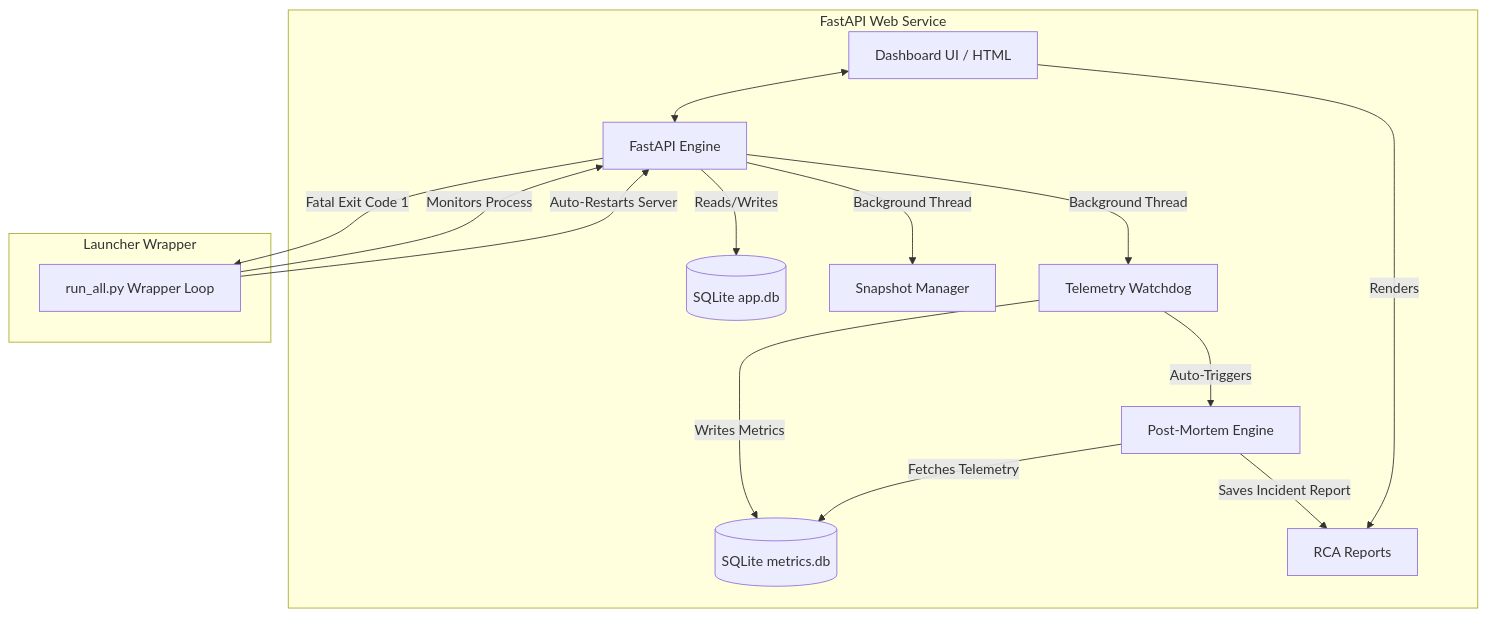
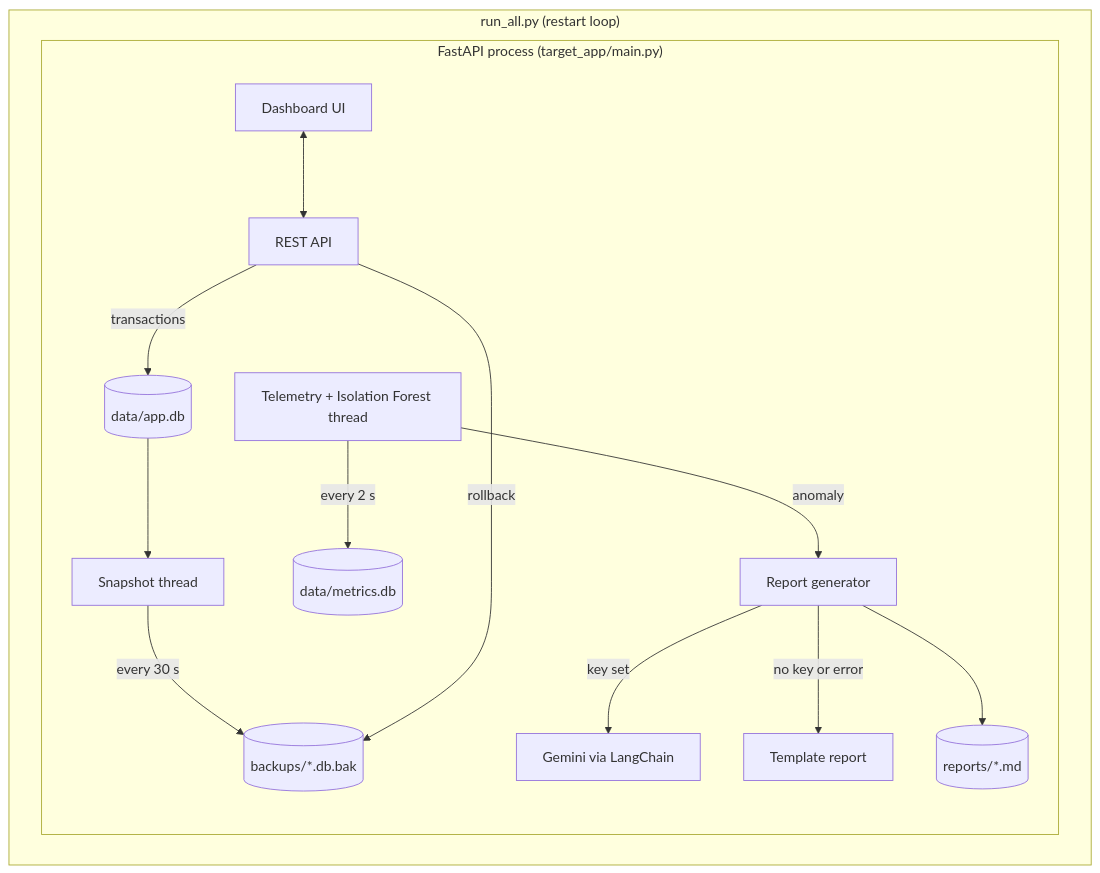
Before and after one commit to vishnuatgit/DeepBell: the diagram in README.md, drawn with Mermaid. The commit also changed other lines of this file and 13 other files, not shown here.

````diff
--- a/README.md
+++ b/README.md
@@ -35,20 +29,17 @@
 ```mermaid
-graph TD;
-    subgraph FastAPI Web Service
-        A[Dashboard UI / HTML] <--> B[FastAPI Engine]
-        B -->|Reads/Writes| C[(SQLite app.db)]
-        B -->|Background Thread| D[Snapshot Manager]
-        B -->|Background Thread| E[Telemetry Watchdog]
-        E -->|Writes Metrics| F[(SQLite metrics.db)]
-        E -->|Auto-Triggers| G[Post-Mortem Engine]
-        G -->|Fetches Telemetry| F
-        G -->|Saves Incident Report| H[RCA Reports]
-        A -->|Renders| H
-    end
-    
-    subgraph Launcher Wrapper
-        I[run_all.py Wrapper Loop] -->|Monitors Process| B
-        B -->|Fatal Exit Code 1| I
-        I -->|Auto-Restarts Server| B
+graph TD
+    subgraph Supervisor["run_all.py (restart loop)"]
+        subgraph App["FastAPI process (target_app/main.py)"]
+            UI[Dashboard UI] <--> API[REST API]
+            API -->|transactions| AppDB[(data/app.db)]
+            AppDB --> Snap[Snapshot thread]
+            Snap -->|every 30 s| Backups[(backups/*.db.bak)]
+            Watch[Telemetry + Isolation Forest thread] -->|every 2 s| MetricsDB[(data/metrics.db)]
+            Watch -->|anomaly| Report[Report generator]
+            Report -->|key set| Gemini[Gemini via LangChain]
+            Report -->|no key or error| Template[Template report]
+            Report --> Reports[(reports/*.md)]
+            API -->|rollback| Backups
+        end
     end
 ```
````
